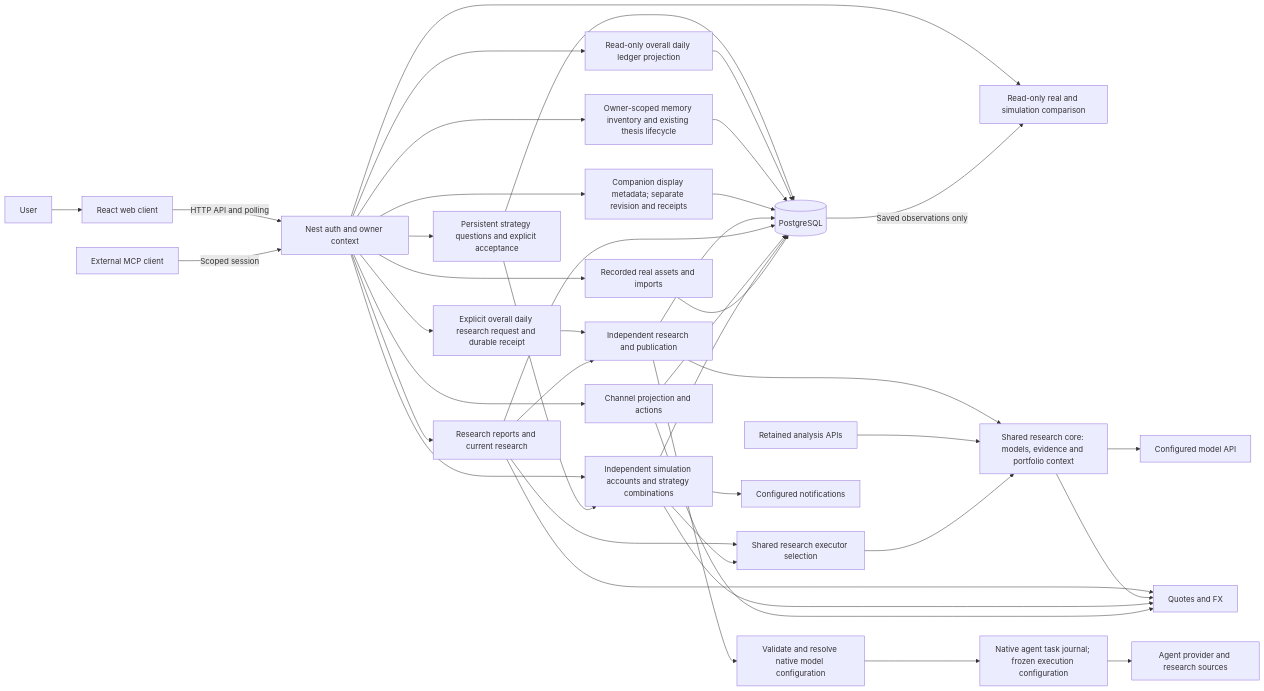
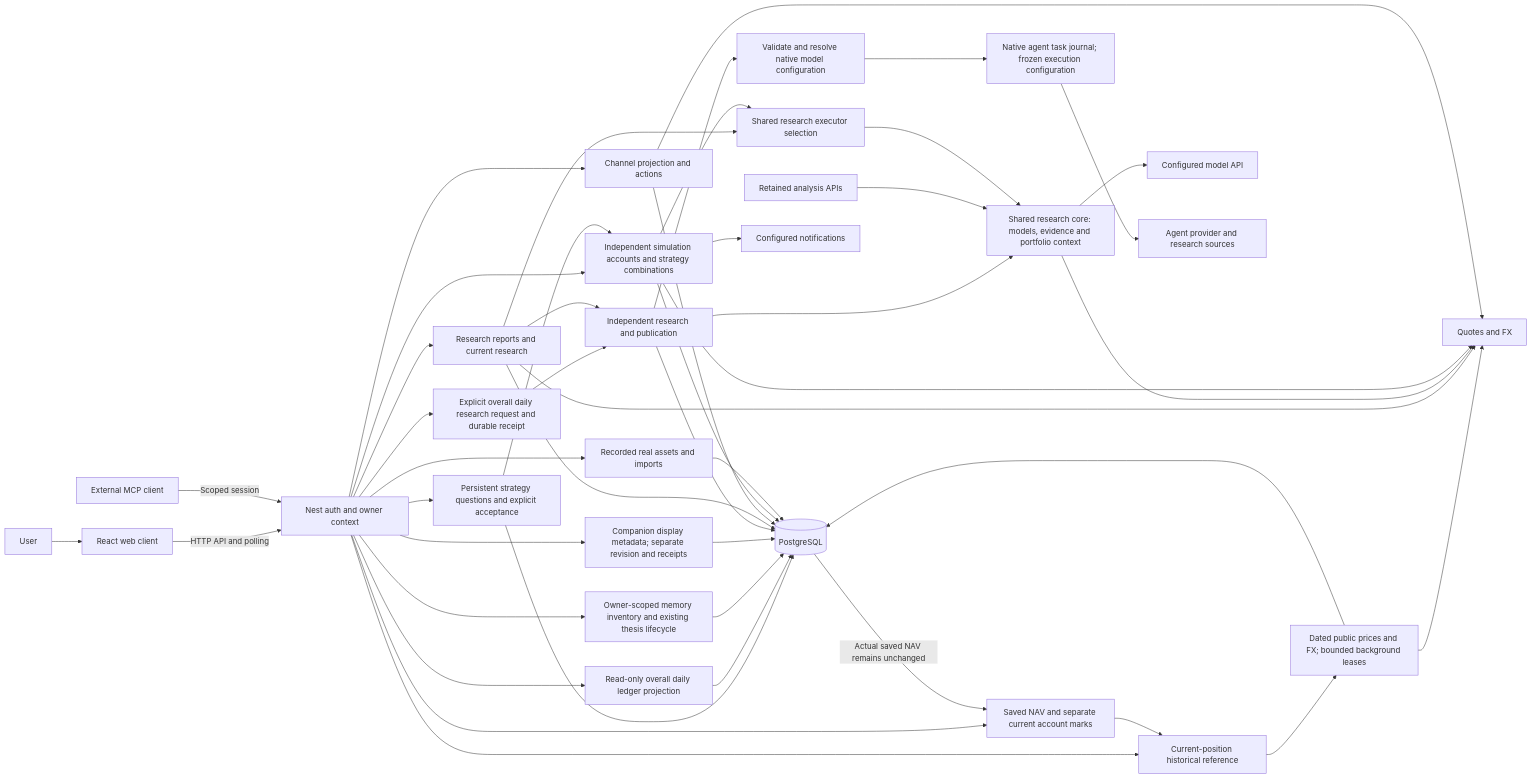
One commit to Lueyu/squabble changed the first of 5 diagrams in docs/architecture.md. Above: the diagram before and after it, drawn with Mermaid. The commit also changed other lines of this file and 69 other files, not shown here.

````diff
--- a/docs/architecture.md
+++ b/docs/architecture.md
@@ -26,43 +27,48 @@
 ```mermaid
 flowchart LR
     user["User"] --> web["React web client"]
     web -->|"HTTP API and polling"| auth["Nest auth and owner context"]
     auth --> experience["Research reports and current research"]
-    auth --> comparison["Read-only real and simulation comparison"]
+    auth --> comparison["Saved NAV and separate current account marks"]
+    auth --> lookback["Current-position historical reference"]
+    comparison --> lookback
+    lookback --> cache["Dated public prices and FX; bounded background leases"]
+    cache --> data
+    cache --> db
     auth --> channel["Channel projection and actions"]
     auth --> strategy["Independent simulation accounts and strategy combinations"]
     auth --> ledger["Recorded real assets and imports"]
     auth --> interview["Persistent strategy questions and explicit acceptance"]
     interview --> strategy
     auth --> daily["Read-only overall daily ledger projection"]
     auth --> overallCommand["Explicit overall daily research request and durable receipt"]
     overallCommand --> council
     auth --> memory["Owner-scoped memory inventory and existing thesis lifecycle"]
     auth --> persona["Companion display metadata; separate revision and receipts"]
     interview --> db
     daily --> db
     memory --> db
     persona --> db
     experience --> council["Independent research and publication"]
     council --> core["Shared research core: models, evidence and portfolio context"]
     legacy["Retained analysis APIs"] --> core
     core --> models["Configured model API"]
     experience --> routing["Shared research executor selection"]
     strategy --> routing
     routing --> core
     council --> nativeConfig["Validate and resolve native model configuration"]
     nativeConfig --> native["Native agent task journal; frozen execution configuration"]
     native --> provider["Agent provider and research sources"]
     experience --> data["Quotes and FX"]
     core --> data
     strategy --> data
     channel --> data
     council --> db[("PostgreSQL")]
     experience --> db
     channel --> db
     strategy --> db
     ledger --> db
-    db -->|"Saved observations only"| comparison
+    db -->|"Actual saved NAV remains unchanged"| comparison
     strategy --> notify["Configured notifications"]
     mcp["External MCP client"] -->|"Scoped session"| auth
 ```
````
